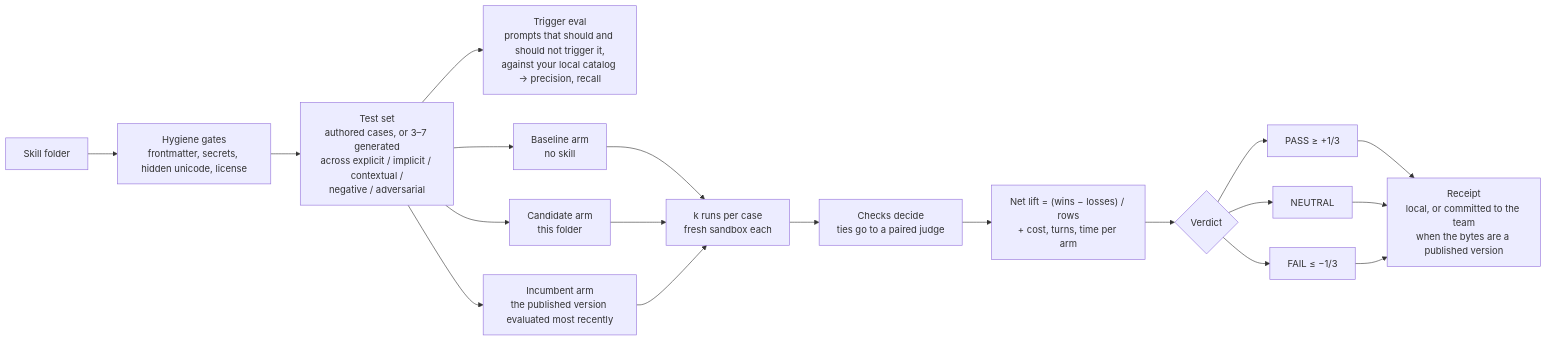
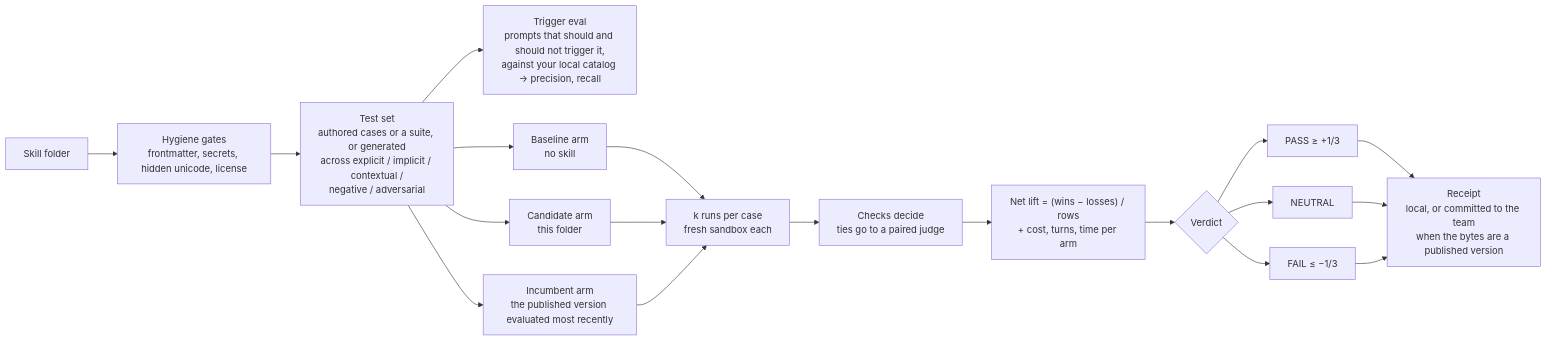
One commit to ryanliu-terum/terum-skills changed the diagram in README.md. Above: the diagram before and after it, drawn with Mermaid. The commit also changed other lines of this file and 21 other files, not shown here.

````diff
--- a/README.md
+++ b/README.md
@@ -77,17 +77,17 @@
 ```mermaid
 flowchart LR
     S["Skill folder"] --> H["Hygiene gates<br/>frontmatter, secrets, hidden unicode, license"]
-    H --> G["Test set<br/>authored cases, or 3–7 generated<br/>across explicit / implicit / contextual /<br/>negative / adversarial"]
+    H --> G["Test set<br/>authored cases or a suite, or generated<br/>across explicit / implicit / contextual /<br/>negative / adversarial"]
     G --> T["Trigger eval<br/>prompts that should and should not trigger it,<br/>against your local catalog → precision, recall"]
     G --> B["Baseline arm<br/>no skill"]
     G --> K["Candidate arm<br/>this folder"]
     G --> I["Incumbent arm<br/>the published version evaluated most recently"]
     B & K & I --> R["k runs per case<br/>fresh sandbox each"]
     R --> C["Checks decide<br/>ties go to a paired judge"]
     C --> N["Net lift = (wins − losses) / rows<br/>+ cost, turns, time per arm"]
     N --> V{"Verdict"}
     V --> P["PASS ≥ +1/3"]
     V --> U["NEUTRAL"]
     V --> F["FAIL ≤ −1/3"]
     P & U & F --> W["Receipt<br/>local, or committed to the team<br/>when the bytes are a published version"]
 ```
````
